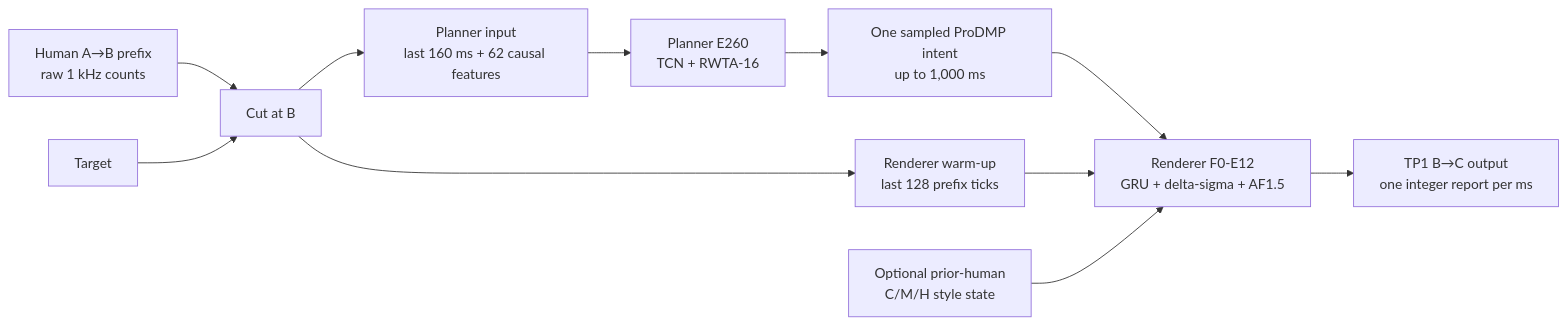
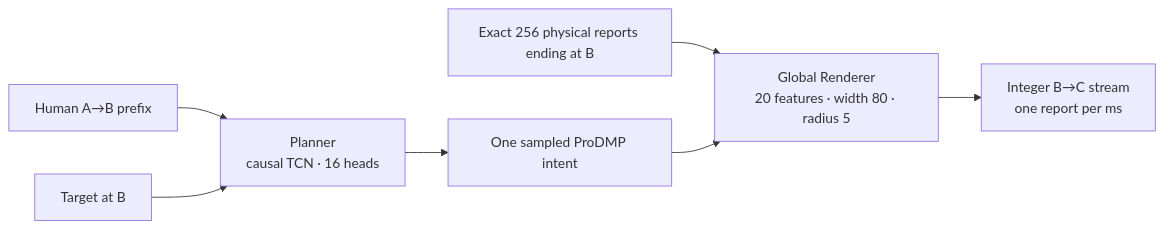
The diagram in docs/TRAINING_AND_INFERENCE.md (optima-manent/ABCurves), drawn with Mermaid before and after one commit. The commit also changed other lines of this file and 133 other files, not shown here.

````diff
--- a/docs/TRAINING_AND_INFERENCE.md
+++ b/docs/TRAINING_AND_INFERENCE.md
@@ -10,13 +9,9 @@
 ```mermaid
 flowchart LR
-    A["Human A→B prefix\nraw 1 kHz counts"] --> B["Cut at B"]
-    T["Target"] --> B
-    B --> PC["Planner input\nlast 160 ms + 62 causal features"]
-    PC --> P["Planner E260\nTCN + RWTA-16"]
-    P --> I["One sampled ProDMP intent\nup to 1,000 ms"]
-    I --> R["Renderer F0-E12\nGRU + delta-sigma + AF1.5"]
-    B --> W["Renderer warm-up\nlast 128 prefix ticks"]
-    W --> R
-    H["Optional prior-human\nC/M/H style state"] --> R
-    R --> O["TP1 B→C output\none integer report per ms"]
+    A["Human A→B prefix"] --> P["Planner\ncausal TCN · 16 heads"]
+    T["Target at B"] --> P
+    P --> I["One sampled ProDMP intent"]
+    S["Exact 256 physical reports ending at B"] --> R["Global Renderer\n20 features · width 80 · radius 5"]
+    I --> R
+    R --> O["Integer B→C stream\none report per ms"]
 ```
````
